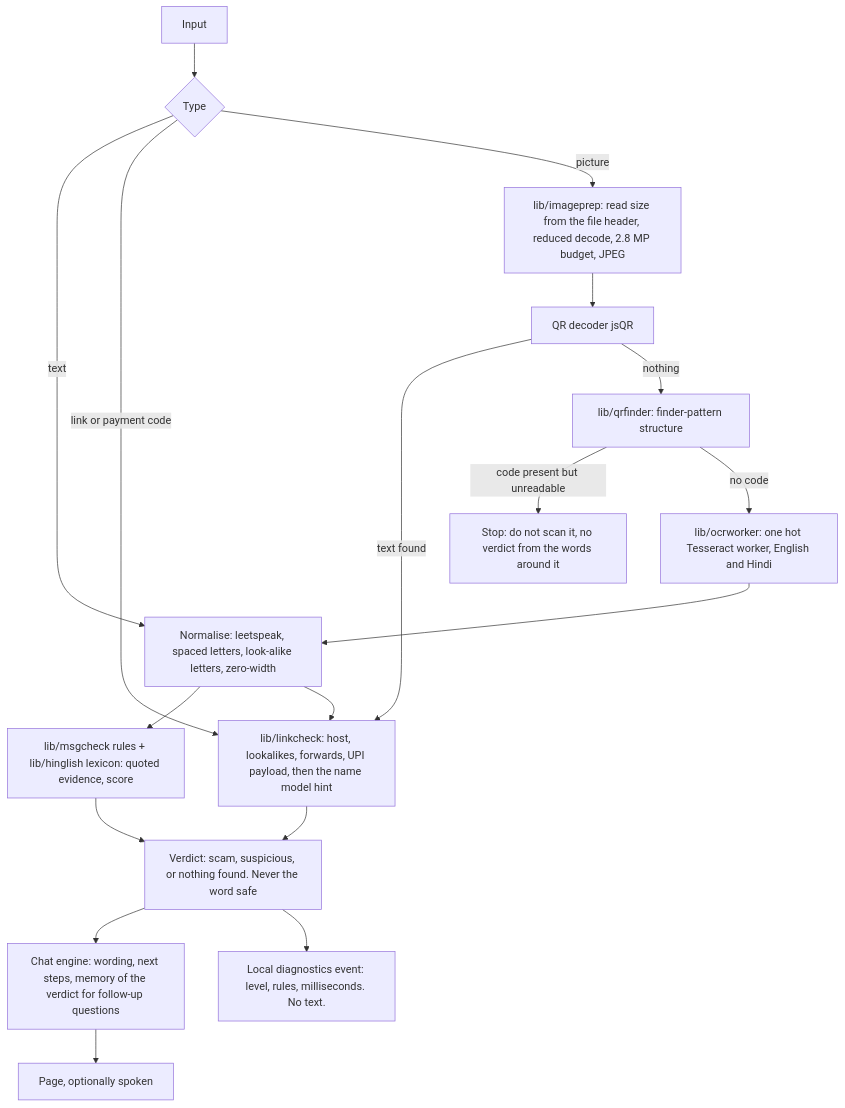
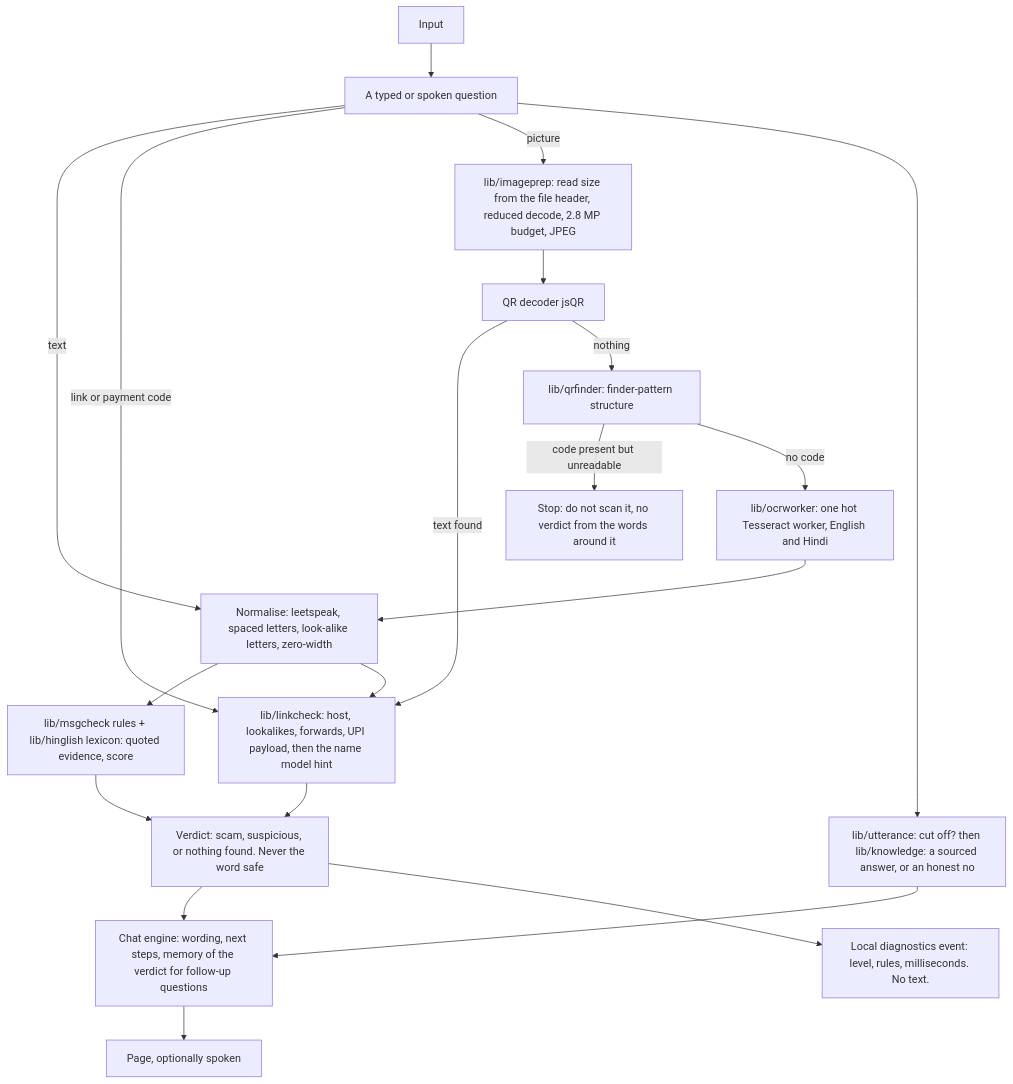
The second of 3 diagrams in docs/ARCHITECTURE.md (azlanabyssal-cloud/fraudshield), drawn with Mermaid before and after one commit. The commit also changed other lines of this file and 19 other files, not shown here.

First line of the commit message:
assistant knowledge layer, honest fallback, and cut-off sentence handling

````diff
--- a/docs/ARCHITECTURE.md
+++ b/docs/ARCHITECTURE.md
@@ -31,20 +31,22 @@
 ```mermaid
 flowchart TD
   IN[Input] --> T{Type}
   T -->|text| N[Normalise: leetspeak, spaced letters, look-alike letters, zero-width]
   T -->|link or payment code| LC
   T -->|picture| IP[lib/imageprep: read size from the file header, reduced decode, 2.8 MP budget, JPEG]
   IP --> QD[QR decoder jsQR]
   QD -->|text found| LC
   QD -->|nothing| QF[lib/qrfinder: finder-pattern structure]
   QF -->|code present but unreadable| STOP[Stop: do not scan it, no verdict from the words around it]
   QF -->|no code| OCR[lib/ocrworker: one hot Tesseract worker, English and Hindi]
   OCR --> N
   N --> MC[lib/msgcheck rules + lib/hinglish lexicon: quoted evidence, score]
   N --> LC[lib/linkcheck: host, lookalikes, forwards, UPI payload, then the name model hint]
   MC --> V[Verdict: scam, suspicious, or nothing found. Never the word safe]
   LC --> V
   V --> CH[Chat engine: wording, next steps, memory of the verdict for follow-up questions]
+  T[A typed or spoken question] --> KN[lib/utterance: cut off? then lib/knowledge: a sourced answer, or an honest no]
+  KN --> CH
   CH --> UI[Page, optionally spoken]
   V --> OPS[Local diagnostics event: level, rules, milliseconds. No text.]
 ```
````
